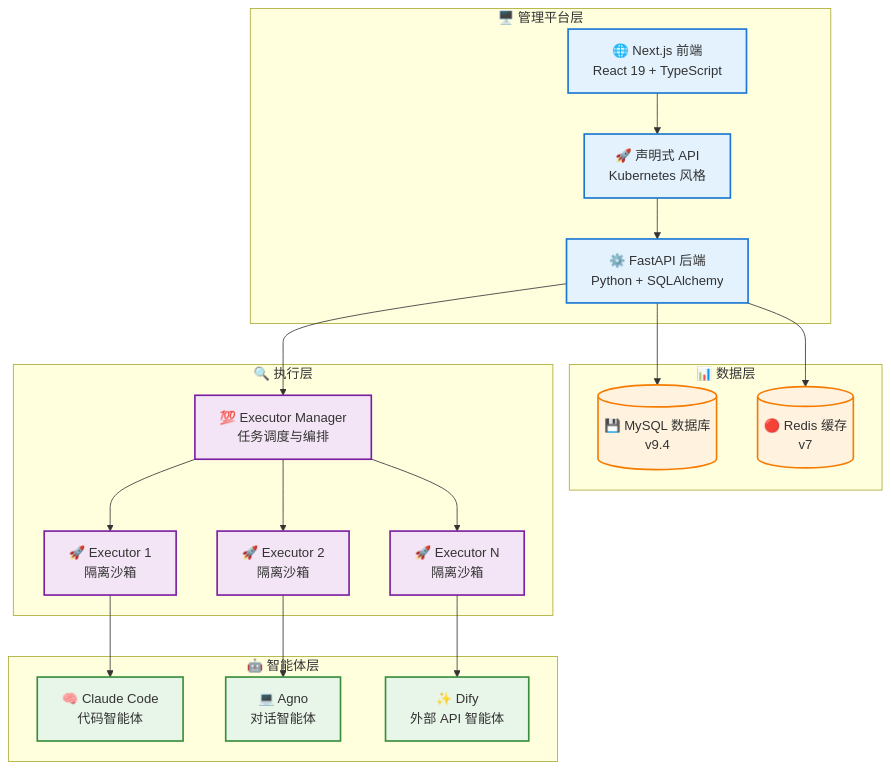
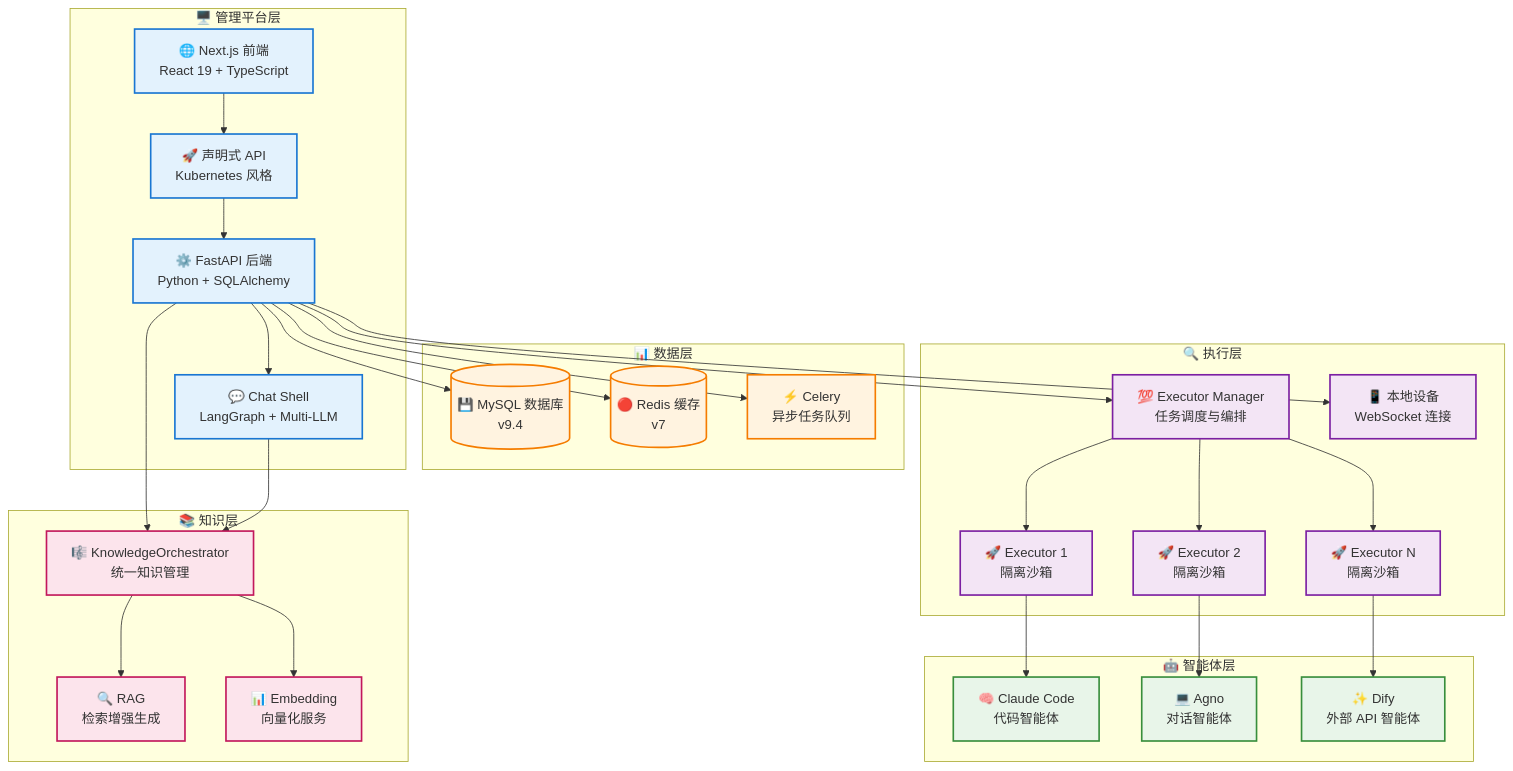
The first of 3 diagrams in docs/zh/developer-guide/architecture.md (wecode-ai/Wegent), drawn with Mermaid before and after one commit. The commit also changed other lines of this file and 3 other files, not shown here.

First line of the commit message:
docs: update architecture documentation with latest features

````diff
--- a/docs/zh/developer-guide/architecture.md
+++ b/docs/zh/developer-guide/architecture.md
@@ -28,53 +28,72 @@
 ```mermaid
 graph TB
     subgraph "🖥️ 管理平台层"
         Frontend["🌐 Next.js 前端<br/>React 19 + TypeScript"]
         Backend["⚙️ FastAPI 后端<br/>Python + SQLAlchemy"]
+        ChatShell["💬 Chat Shell<br/>LangGraph + Multi-LLM"]
         API["🚀 声明式 API<br/>Kubernetes 风格"]
     end
 
     subgraph "📊 数据层"
         MySQL[("💾 MySQL 数据库<br/>v9.4")]
         Redis[("🔴 Redis 缓存<br/>v7")]
+        Celery["⚡ Celery<br/>异步任务队列"]
     end
 
     subgraph "🔍 执行层"
         ExecutorManager["💯 Executor Manager<br/>任务调度与编排"]
         Executor1["🚀 Executor 1<br/>隔离沙箱"]
         Executor2["🚀 Executor 2<br/>隔离沙箱"]
         ExecutorN["🚀 Executor N<br/>隔离沙箱"]
+        LocalDevice["📱 本地设备<br/>WebSocket 连接"]
     end
 
     subgraph "🤖 智能体层"
         Claude["🧠 Claude Code<br/>代码智能体"]
         Agno["💻 Agno<br/>对话智能体"]
         Dify["✨ Dify<br/>外部 API 智能体"]
     end
 
+    subgraph "📚 知识层"
+        KnowledgeOrch["🎼 KnowledgeOrchestrator<br/>统一知识管理"]
+        RAG["🔍 RAG<br/>检索增强生成"]
+        Embedding["📊 Embedding<br/>向量化服务"]
+    end
 
     %% 系统交互
     Frontend --> API
     API --> Backend
+    Backend --> ChatShell
     Backend --> MySQL
     Backend --> Redis
+    Backend --> Celery
     Backend --> ExecutorManager
+    Backend --> KnowledgeOrch
     ExecutorManager --> Executor1
     ExecutorManager --> Executor2
     ExecutorManager --> ExecutorN
+    Backend --> LocalDevice
 
     %% AI 程序集成
     Executor1 --> Claude
     Executor2 --> Agno
     ExecutorN --> Dify
 
+    %% 知识层集成
+    KnowledgeOrch --> RAG
+    KnowledgeOrch --> Embedding
+    ChatShell --> KnowledgeOrch
+
     %% 样式
     classDef platform fill:#e3f2fd,stroke:#1976d2,stroke-width:2px
     classDef data fill:#fff3e0,stroke:#f57c00,stroke-width:2px
     classDef execution fill:#f3e5f5,stroke:#7b1fa2,stroke-width:2px
     classDef agent fill:#e8f5e9,stroke:#388e3c,stroke-width:2px
+    classDef knowledge fill:#fce4ec,stroke:#c2185b,stroke-width:2px
 
-    class Frontend,Backend,API platform
-    class MySQL,Redis data
-    class ExecutorManager,Executor1,Executor2,ExecutorN execution
+    class Frontend,Backend,ChatShell,API platform
+    class MySQL,Redis,Celery data
+    class ExecutorManager,Executor1,Executor2,ExecutorN,LocalDevice execution
     class Claude,Agno,Dify agent
+    class KnowledgeOrch,RAG,Embedding knowledge
 ```
````
